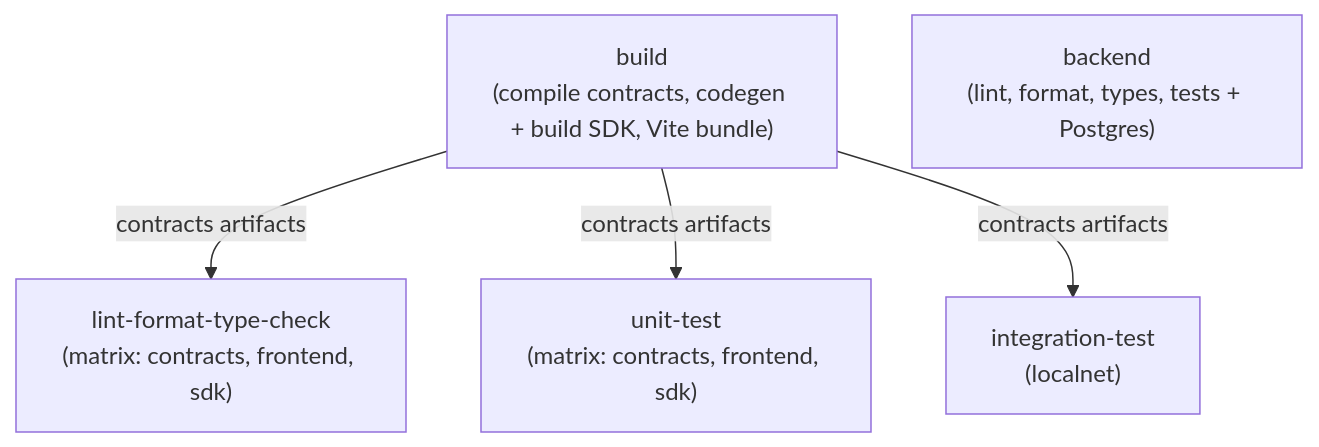
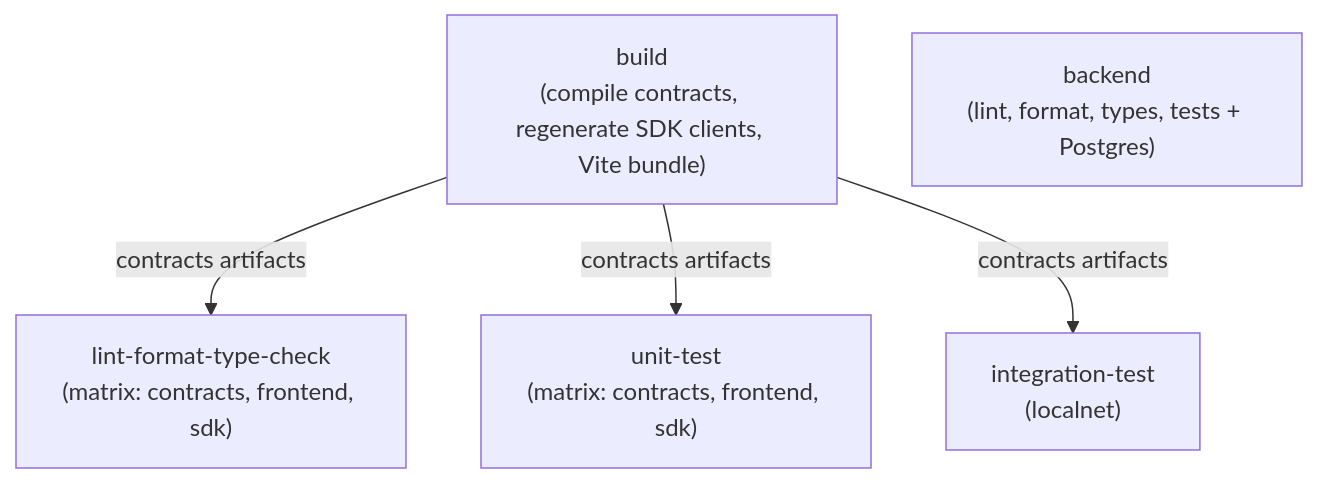
Before and after one commit to kasakame/kasakame: the diagram in docs/ci.md, drawn with Mermaid. The commit also changed other lines of this file and 11 other files, not shown here.

Commit message:
build(sdk): regenerate clients from pinned specs

````diff
--- a/docs/ci.md
+++ b/docs/ci.md
@@ -33,12 +35,12 @@
 ```mermaid
 flowchart TD
-    build["build<br/>(compile contracts, codegen + build SDK, Vite bundle)"]
+    build["build<br/>(compile contracts, regenerate SDK clients, Vite bundle)"]
     lint["lint-format-type-check<br/>(matrix: contracts, frontend, sdk)"]
     unit["unit-test<br/>(matrix: contracts, frontend, sdk)"]
     backend["backend<br/>(lint, format, types, tests + Postgres)"]
     integration["integration-test<br/>(localnet)"]
 
     build -->|"contracts artifacts"| lint
     build -->|"contracts artifacts"| unit
     build -->|"contracts artifacts"| integration
 ```
````
